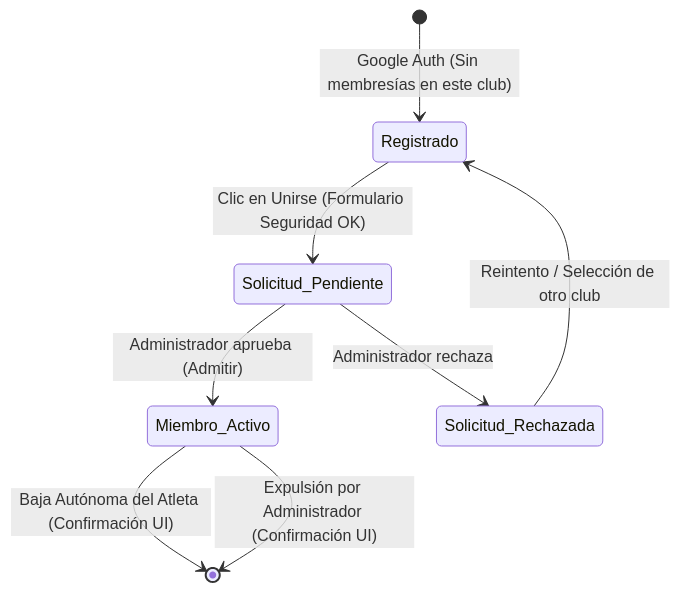
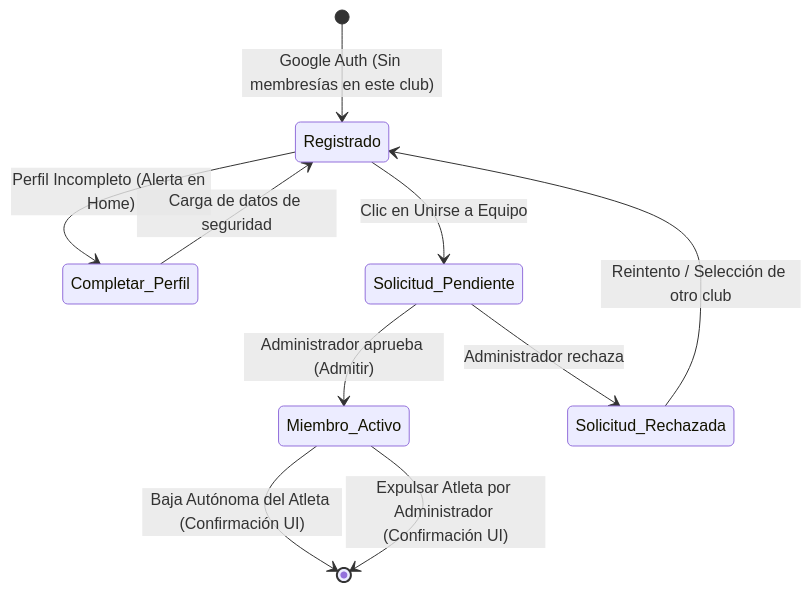
The second of 4 diagrams in User Flows/user_flow_diagram.md (thspin/stride), drawn with Mermaid before and after one commit. The commit also changed other lines of this file and 10 other files, not shown here.

Commit message:
Completar Fase 1: Datos de seguridad en perfil general, baneo/baja del atleta y actualizacion de flujos

````diff
--- a/User Flows/user_flow_diagram.md
+++ b/User Flows/user_flow_diagram.md
@@ -180,10 +179,12 @@
 ```mermaid
 stateDiagram-v2
     [*] --> Registrado : Google Auth (Sin membresías en este club)
-    Registrado --> Solicitud_Pendiente : Clic en Unirse (Formulario Seguridad OK)
+    Registrado --> Completar_Perfil : Perfil Incompleto (Alerta en Home)
+    Completar_Perfil --> Registrado : Carga de datos de seguridad
+    Registrado --> Solicitud_Pendiente : Clic en Unirse a Equipo
     Solicitud_Pendiente --> Miembro_Activo : Administrador aprueba (Admitir)
     Solicitud_Pendiente --> Solicitud_Rechazada : Administrador rechaza
     Solicitud_Rechazada --> Registrado : Reintento / Selección de otro club
     Miembro_Activo --> [*] : Baja Autónoma del Atleta (Confirmación UI)
-    Miembro_Activo --> [*] : Expulsión por Administrador (Confirmación UI)
+    Miembro_Activo --> [*] : Expulsar Atleta por Administrador (Confirmación UI)
 ```
````
